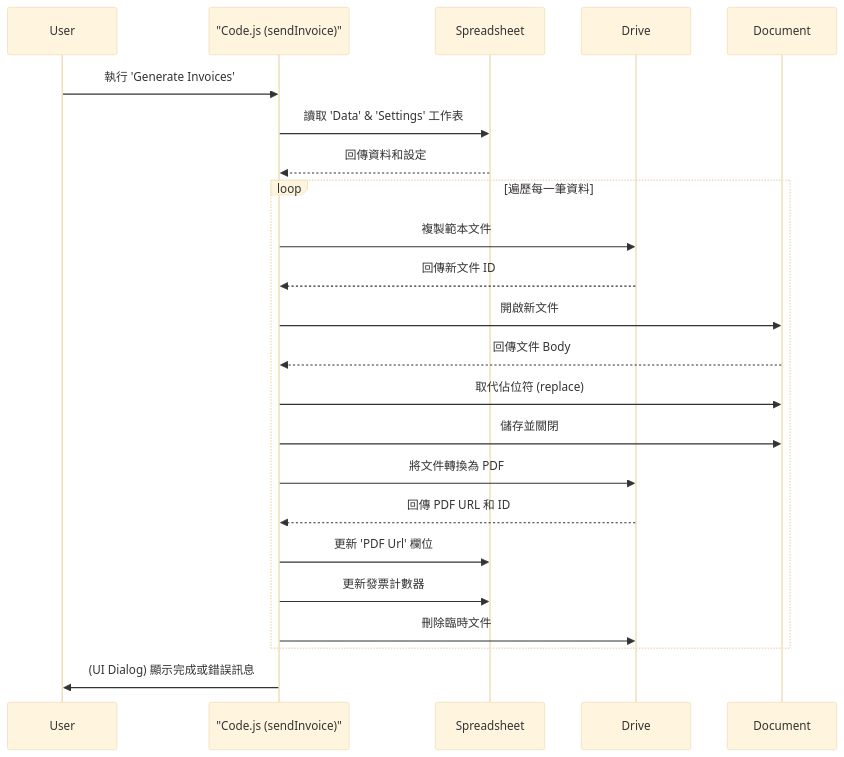
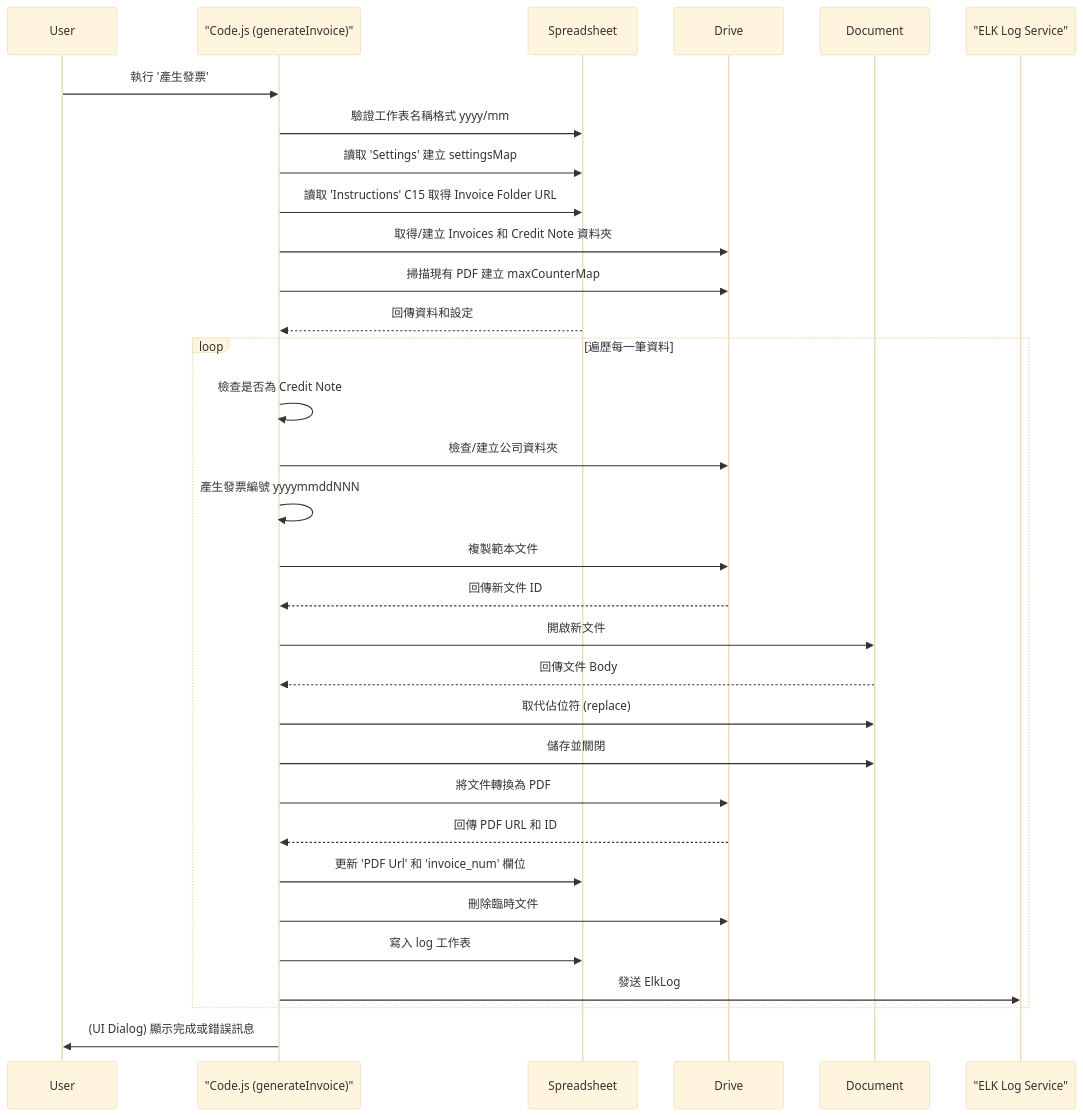
Before and after one commit to linchao0815/invoice-generator: the second of 3 diagrams in spec.md, drawn with Mermaid (base theme). The commit also changed other lines of this file and 1 other file, not shown here.

````diff
--- a/spec.md
+++ b/spec.md
@@ -148,26 +250,35 @@
 ```mermaid
 sequenceDiagram
     participant User
-    participant AppsScript as "Code.js (sendInvoice)"
+    participant AppsScript as "Code.js (generateInvoice)"
     participant Spreadsheet
     participant Drive
     participant Document
+    participant ELK as "ELK Log Service"
 
-    User->>AppsScript: 執行 'Generate Invoices'
-    AppsScript->>Spreadsheet: 讀取 'Data' & 'Settings' 工作表
+    User->>AppsScript: 執行 '產生發票'
+    AppsScript->>Spreadsheet: 驗證工作表名稱格式 yyyy/mm
+    AppsScript->>Spreadsheet: 讀取 'Settings' 建立 settingsMap
+    AppsScript->>Spreadsheet: 讀取 'Instructions' C15 取得 Invoice Folder URL
+    AppsScript->>Drive: 取得/建立 Invoices 和 Credit Note 資料夾
+    AppsScript->>Drive: 掃描現有 PDF 建立 maxCounterMap
     Spreadsheet-->>AppsScript: 回傳資料和設定
     loop 遍歷每一筆資料
+        AppsScript->>AppsScript: 檢查是否為 Credit Note
+        AppsScript->>Drive: 檢查/建立公司資料夾
+        AppsScript->>AppsScript: 產生發票編號 yyyymmddNNN
         AppsScript->>Drive: 複製範本文件
         Drive-->>AppsScript: 回傳新文件 ID
         AppsScript->>Document: 開啟新文件
         Document-->>AppsScript: 回傳文件 Body
         AppsScript->>Document: 取代佔位符 (replace)
         AppsScript->>Document: 儲存並關閉
         AppsScript->>Drive: 將文件轉換為 PDF
         Drive-->>AppsScript: 回傳 PDF URL 和 ID
-        AppsScript->>Spreadsheet: 更新 'PDF Url' 欄位
-        AppsScript->>Spreadsheet: 更新發票計數器
+        AppsScript->>Spreadsheet: 更新 'PDF Url' 和 'invoice_num' 欄位
         AppsScript->>Drive: 刪除臨時文件
+        AppsScript->>Spreadsheet: 寫入 log 工作表
+        AppsScript->>ELK: 發送 ElkLog
     end
     AppsScript->>User: (UI Dialog) 顯示完成或錯誤訊息
 ```
````
